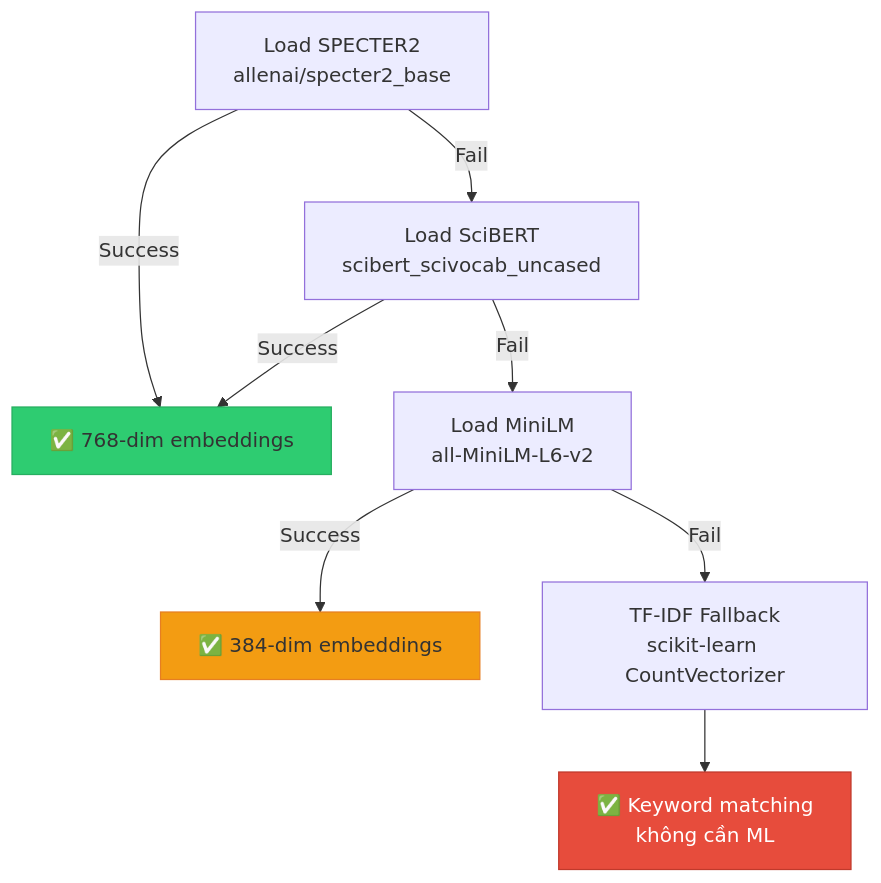
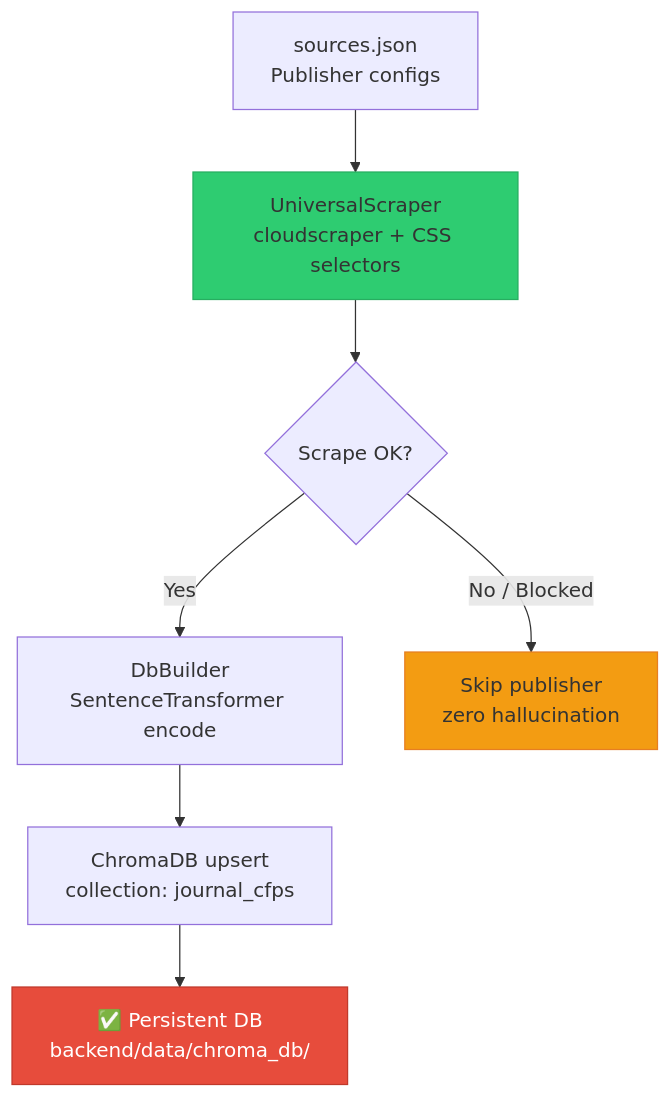
One commit to Nhan-Laptop/NT208.Q21.ANTN changed diagram 26 of 29 in architecture.md. Above: the diagram before and after it, drawn with Mermaid. The commit also changed other lines of this file and 16 other files, not shown here.

First line of the commit message:
docs: update architecture, README, CLAUDE.md — Groq + ChromaDB migration (Session 17)

````diff
--- a/architecture.md
+++ b/architecture.md
@@ -2830,14 +2846,13 @@
 ```mermaid
 flowchart TD
-    A[Load SPECTER2<br/>allenai/specter2_base] -->|Success| B[✅ 768-dim embeddings]
-    A -->|Fail| C[Load SciBERT<br/>scibert_scivocab_uncased]
-    C -->|Success| B
-    C -->|Fail| D[Load MiniLM<br/>all-MiniLM-L6-v2]
-    D -->|Success| E[✅ 384-dim embeddings]
-    D -->|Fail| F[TF-IDF Fallback<br/>scikit-learn CountVectorizer]
-    F --> G[✅ Keyword matching<br/>không cần ML]
+    A[sources.json<br/>Publisher configs] --> B[UniversalScraper<br/>cloudscraper + CSS selectors]
+    B --> C{Scrape OK?}
+    C -->|Yes| D[DbBuilder<br/>SentenceTransformer encode]
+    C -->|No / Blocked| E[Skip publisher<br/>zero hallucination]
+    D --> F[ChromaDB upsert<br/>collection: journal_cfps]
+    F --> G[✅ Persistent DB<br/>backend/data/chroma_db/]
 
     style B fill:#2ecc71,stroke:#27ae60
     style E fill:#f39c12,stroke:#e67e22
     style G fill:#e74c3c,stroke:#c0392b,color:#fff
 ```
````
